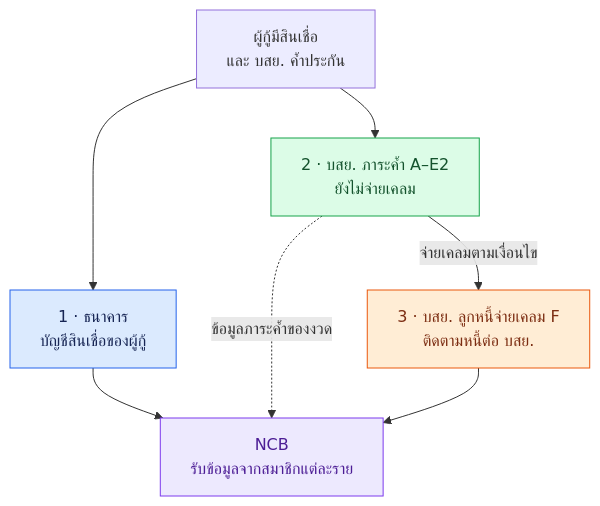
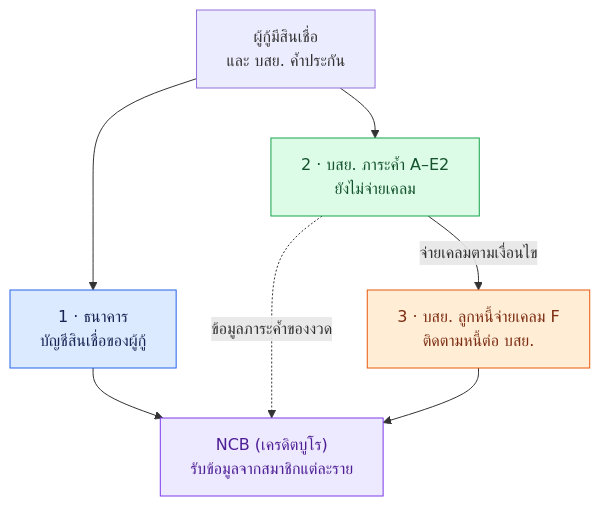
The first of 4 diagrams in app/credit-reporting/page.mdx (yukasung/eodncb), drawn with Mermaid before and after one commit. The commit also changed other lines of this file and 16 other files, not shown here.

````diff
--- a/app/credit-reporting/page.mdx
+++ b/app/credit-reporting/page.mdx
@@ -26,18 +26,18 @@
 ```mermaid
 flowchart TD
     U["ผู้กู้มีสินเชื่อ<br/>และ บสย. ค้ำประกัน"]
     U --> B["1 · ธนาคาร<br/>บัญชีสินเชื่อของผู้กู้"]
     U --> G["2 · บสย. ภาระค้ำ A–E2<br/>ยังไม่จ่ายเคลม"]
     G -->|จ่ายเคลมตามเงื่อนไข| F["3 · บสย. ลูกหนี้จ่ายเคลม F<br/>ติดตามหนี้ต่อ บสย."]
-    B --> N["NCB<br/>รับข้อมูลจากสมาชิกแต่ละราย"]
+    B --> N["NCB (เครดิตบูโร)<br/>รับข้อมูลจากสมาชิกแต่ละราย"]
     G -.->|ข้อมูลภาระค้ำของงวด| N
     F --> N
     classDef bank fill:#dbeafe,stroke:#2563eb,color:#172554;
     classDef normal fill:#dcfce7,stroke:#16a34a,color:#14532d;
     classDef claim fill:#ffedd5,stroke:#ea580c,color:#7c2d12;
     classDef closed fill:#ede9fe,stroke:#7c3aed,color:#4c1d95;
     class B bank;
     class G normal;
     class F claim;
     class N closed;
 ```
````
